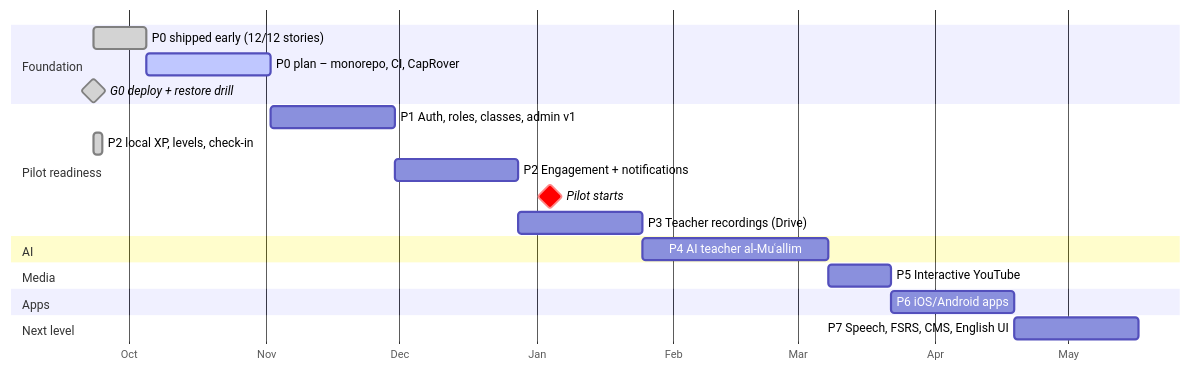
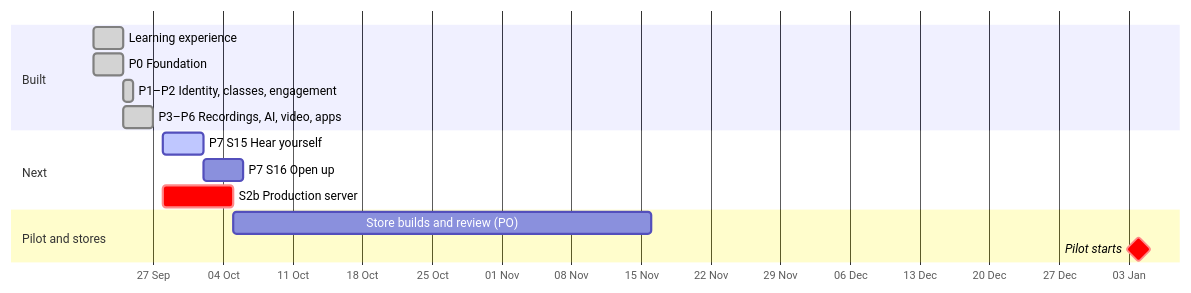
Before and after one commit to Sira-Labs/Suffa: the second of 2 diagrams in docs/plan/roadmap.md, drawn with Mermaid. The commit also changed other lines of this file and 2 other files, not shown here.

First line of the commit message:
docs: plan, roadmap and README for S1–S14 built and the week ahead

````diff
--- a/docs/plan/roadmap.md
+++ b/docs/plan/roadmap.md
@@ -56,24 +63,18 @@
 ```mermaid
 gantt
   dateFormat YYYY-MM-DD
-  axisFormat %b
+  axisFormat %d %b
   todayMarker on
-  section Foundation
-  P0 shipped early (12/12 stories)   :done, p0done, 2026-09-23, 12d
-  P0 plan – monorepo, CI, CapRover   :active, p0, 2026-10-05, 28d
-  G0 deploy + restore drill          :milestone, done, g0, 2026-09-23, 0d
-  section Pilot readiness
-  P1 Auth, roles, classes, admin v1  :p1, after p0, 28d
-  P2 local XP, levels, check-in      :done, p2local, 2026-09-23, 2d
-  P2 Engagement + notifications      :p2, after p1, 28d
+  section Built
+  Learning experience                :done, lx, 2026-09-21, 3d
+  P0 Foundation                      :done, p0, 2026-09-21, 3d
+  P1–P2 Identity, classes, engagement :done, p12, 2026-09-24, 1d
+  P3–P6 Recordings, AI, video, apps  :done, p36, 2026-09-24, 3d
+  section Next
+  P7 S15 Hear yourself               :active, s15, 2026-09-28, 4d
+  P7 S16 Open up                     :s16, after s15, 4d
+  S2b Production server              :crit, s2b, 2026-09-28, 7d
+  section Pilot and stores
+  Store builds and review (PO)       :stores, 2026-10-05, 42d
   Pilot starts                       :milestone, crit, pilot, 2027-01-04, 0d
-  P3 Teacher recordings (Drive)      :p3, after p2, 28d
-  section AI
-  P4 AI teacher al-Muʿallim          :p4, after p3, 42d
-  section Media
-  P5 Interactive YouTube             :p5, after p4, 14d
-  section Apps
-  P6 iOS/Android apps                :p6, after p5, 28d
-  section Next level
-  P7 Speech, FSRS, CMS, English UI   :p7, after p6, 28d
 ```
````
